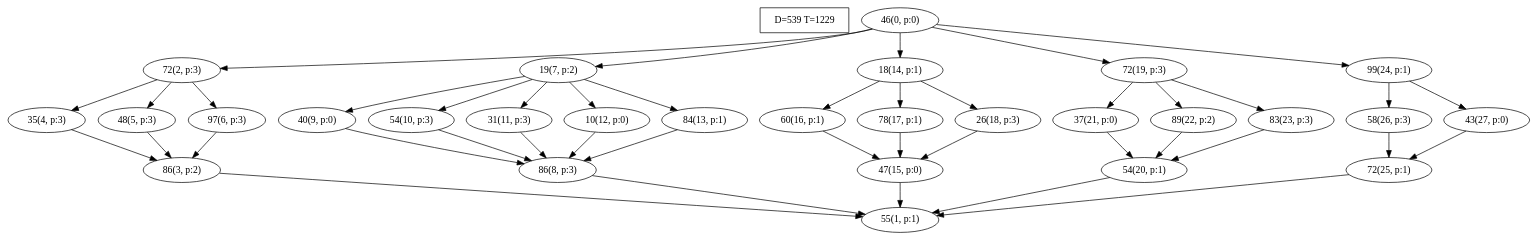
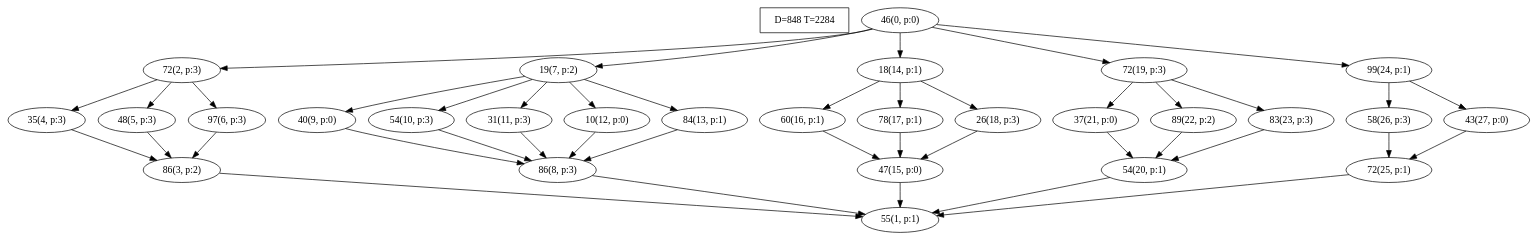
The diagram in res/generated_dags/taskset_11/task_0.dot (gzqx/global-dag-randomization), drawn with Graphviz before and after one commit. The commit also changed 119 other files, not shown here.

```diff
--- a/res/generated_dags/taskset_11/task_0.dot
+++ b/res/generated_dags/taskset_11/task_0.dot
@@ -1,73 +1,73 @@
 digraph Task {
-i [shape=box, label="D=539 T=1229"]; 
+i [shape=box, label="D=848 T=2284"]; 
 0 [label="46(0, p:0)"];
 1 [label="55(1, p:1)"];
 2 [label="72(2, p:3)"];
 3 [label="86(3, p:2)"];
 4 [label="35(4, p:3)"];
 5 [label="48(5, p:3)"];
 6 [label="97(6, p:3)"];
 7 [label="19(7, p:2)"];
 8 [label="86(8, p:3)"];
 9 [label="40(9, p:0)"];
 10 [label="54(10, p:3)"];
 11 [label="31(11, p:3)"];
 12 [label="10(12, p:0)"];
 13 [label="84(13, p:1)"];
 14 [label="18(14, p:1)"];
 15 [label="47(15, p:0)"];
 16 [label="60(16, p:1)"];
 17 [label="78(17, p:1)"];
 18 [label="26(18, p:3)"];
 19 [label="72(19, p:3)"];
 20 [label="54(20, p:1)"];
 21 [label="37(21, p:0)"];
 22 [label="89(22, p:2)"];
 23 [label="83(23, p:3)"];
 24 [label="99(24, p:1)"];
 25 [label="72(25, p:1)"];
 26 [label="58(26, p:3)"];
 27 [label="43(27, p:0)"];
 0 -> 2;
 0 -> 7;
 0 -> 14;
 0 -> 19;
 0 -> 24;
 2 -> 4;
 2 -> 5;
 2 -> 6;
 3 -> 1;
 4 -> 3;
 5 -> 3;
 6 -> 3;
 7 -> 9;
 7 -> 10;
 7 -> 11;
 7 -> 12;
 7 -> 13;
 8 -> 1;
 9 -> 8;
 10 -> 8;
 11 -> 8;
 12 -> 8;
 13 -> 8;
 14 -> 16;
 14 -> 17;
 14 -> 18;
 15 -> 1;
 16 -> 15;
 17 -> 15;
 18 -> 15;
 19 -> 21;
 19 -> 22;
 19 -> 23;
 20 -> 1;
 21 -> 20;
 22 -> 20;
 23 -> 20;
 24 -> 26;
 24 -> 27;
 25 -> 1;
 26 -> 25;
 27 -> 25;
 }
```
